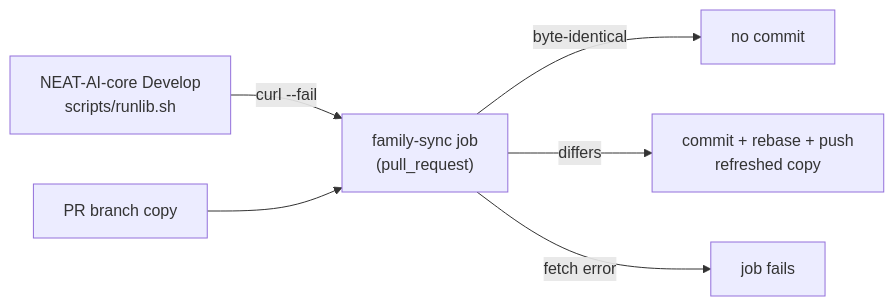
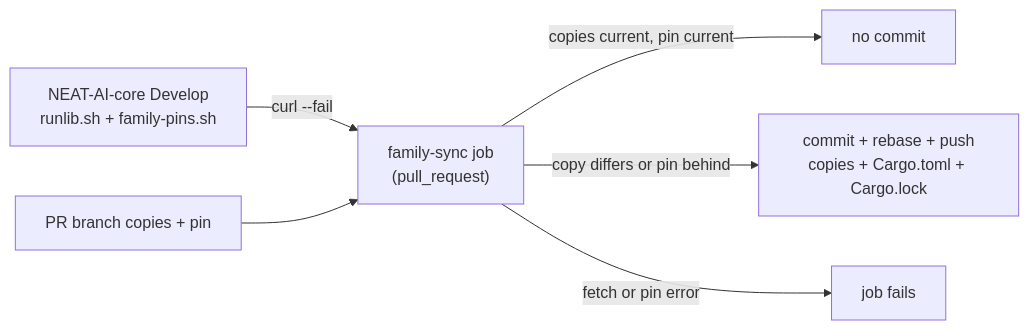
The second of 22 diagrams in README.md (stSoftwareAU/NEAT-AI-Backpropagation), drawn with Mermaid before and after one commit. The commit also changed other lines of this file and 3 other files, not shown here.

First line of the commit message:
Document the neat-core release pin and retired gate (#153)

````diff
--- a/README.md
+++ b/README.md
@@ -72,8 +108,8 @@
 ```mermaid
 flowchart LR
-    core["NEAT-AI-core Develop<br/>scripts/runlib.sh"] -->|curl --fail| job["family-sync job<br/>(pull_request)"]
-    branch["PR branch copy"] --> job
-    job -->|byte-identical| same["no commit"]
-    job -->|differs| push["commit + rebase + push<br/>refreshed copy"]
-    job -->|fetch error| red["job fails"]
+    core["NEAT-AI-core Develop<br/>runlib.sh + family-pins.sh"] -->|curl --fail| job["family-sync job<br/>(pull_request)"]
+    branch["PR branch copies + pin"] --> job
+    job -->|copies current, pin current| same["no commit"]
+    job -->|copy differs or pin behind| push["commit + rebase + push<br/>copies + Cargo.toml + Cargo.lock"]
+    job -->|fetch or pin error| red["job fails"]
 ```
````
